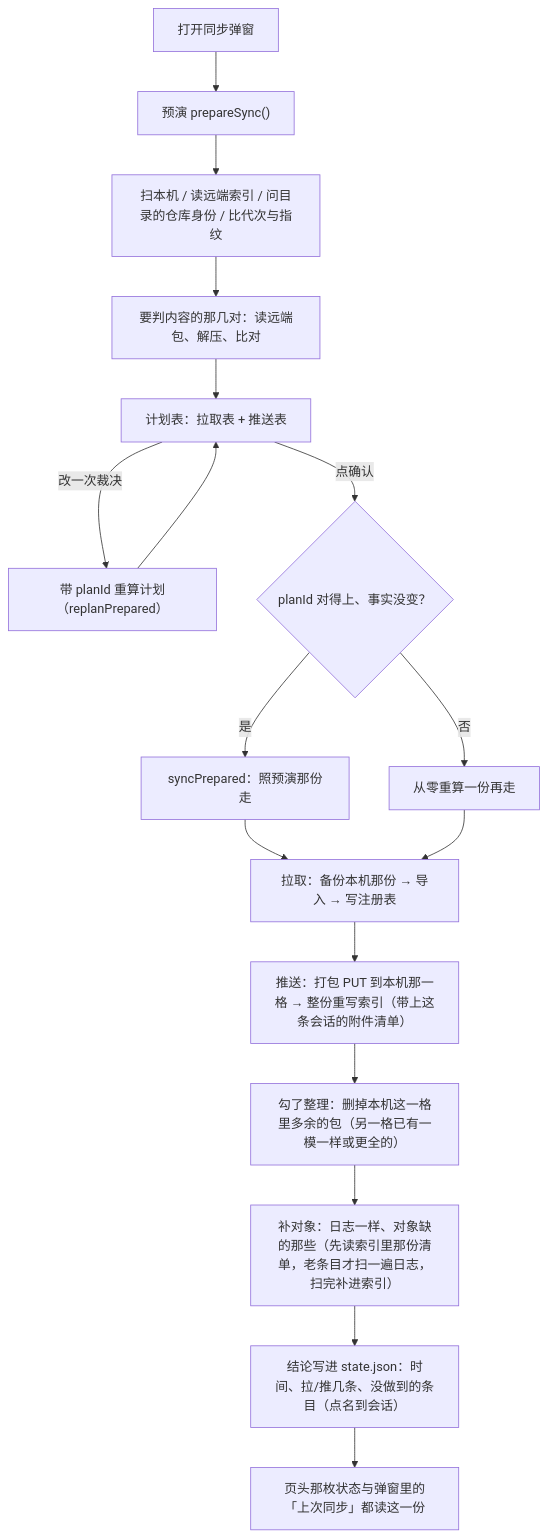
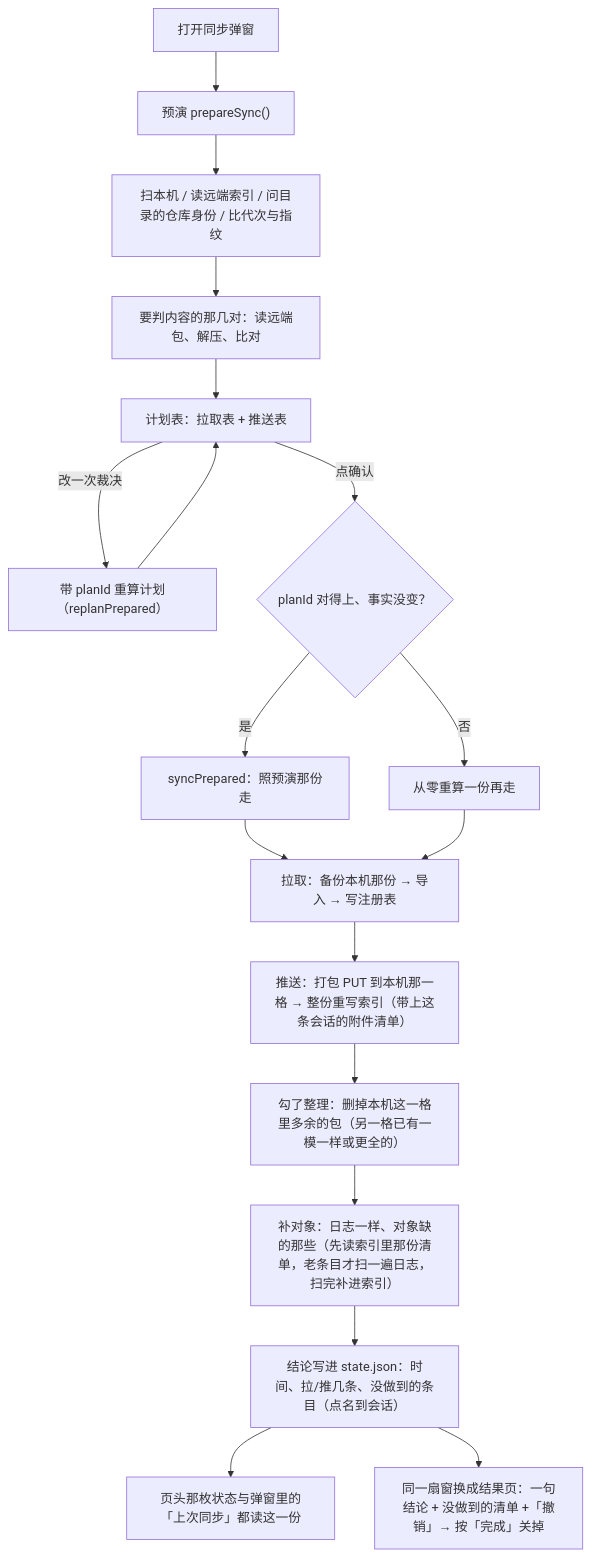
The third of 10 diagrams in docs/flows.md (he0119/dsh-session-manager), drawn with Mermaid before and after one commit. The commit also changed other lines of this file and 25 other files, not shown here.

````diff
--- a/docs/flows.md
+++ b/docs/flows.md
@@ -53,19 +63,20 @@
 ```mermaid
 flowchart TD
   A["打开同步弹窗"] --> B["预演 prepareSync()"]
   B --> B1["扫本机 / 读远端索引 / 问目录的仓库身份 / 比代次与指纹"]
   B1 --> B2["要判内容的那几对：读远端包、解压、比对"]
   B2 --> C["计划表：拉取表 + 推送表"]
   C -->|"改一次裁决"| D["带 planId 重算计划（replanPrepared）"]
   D --> C
   C -->|"点确认"| E{"planId 对得上、事实没变？"}
   E -->|"是"| F["syncPrepared：照预演那份走"]
   E -->|"否"| G["从零重算一份再走"]
   F --> H["拉取：备份本机那份 → 导入 → 写注册表"]
   G --> H
   H --> I["推送：打包 PUT 到本机那一格 → 整份重写索引（带上这条会话的附件清单）"]
   I --> K["勾了整理：删掉本机这一格里多余的包（另一格已有一模一样或更全的）"]
   K --> J["补对象：日志一样、对象缺的那些（先读索引里那份清单，老条目才扫一遍日志，扫完补进索引）"]
   J --> L["结论写进 state.json：时间、拉/推几条、没做到的条目（点名到会话）"]
   L --> M["页头那枚状态与弹窗里的「上次同步」都读这一份"]
+  L --> N["同一扇窗换成结果页：一句结论 + 没做到的清单 +「撤销」→ 按「完成」关掉"]
 ```
````
